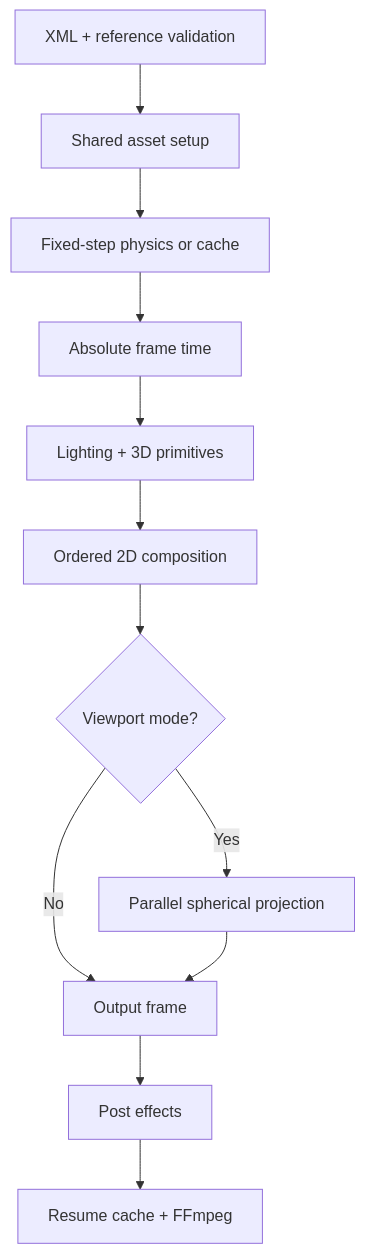
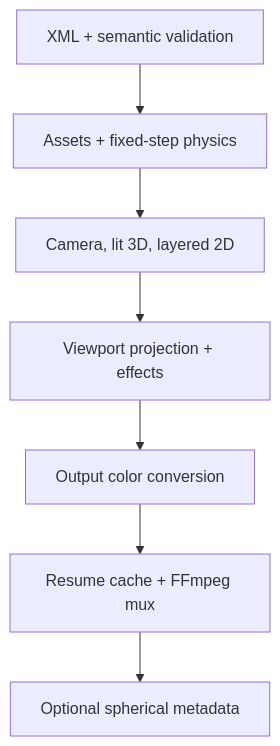
One commit to pedroanisio/scene-render changed the diagram in docs/architecture.md. Above: the diagram before and after it, drawn with Mermaid. The commit also changed other lines of this file and 64 other files, not shown here.

First line of the commit message:
Add GPU processing, mesh loading, parallel execution, spatial metadata injection, and vector path rendering

````diff
--- a/docs/architecture.md
+++ b/docs/architecture.md
@@ -47,14 +51,9 @@
 ```mermaid
 flowchart TD
-  A["XML + reference validation"] --> B["Shared asset setup"]
-  B --> C["Fixed-step physics or cache"]
-  C --> D["Absolute frame time"]
-  D --> E["Lighting + 3D primitives"]
-  E --> F["Ordered 2D composition"]
-  F --> G{"Viewport mode?"}
-  G -- Yes --> H["Parallel spherical projection"]
-  G -- No --> I["Output frame"]
-  H --> I
-  I --> J["Post effects"]
-  J --> K["Resume cache + FFmpeg"]
+  A["XML + semantic validation"] --> B["Assets + fixed-step physics"]
+  B --> C["Camera, lit 3D, layered 2D"]
+  C --> D["Viewport projection + effects"]
+  D --> E["Output color conversion"]
+  E --> F["Resume cache + FFmpeg mux"]
+  F --> G["Optional spherical metadata"]
 ```
````
